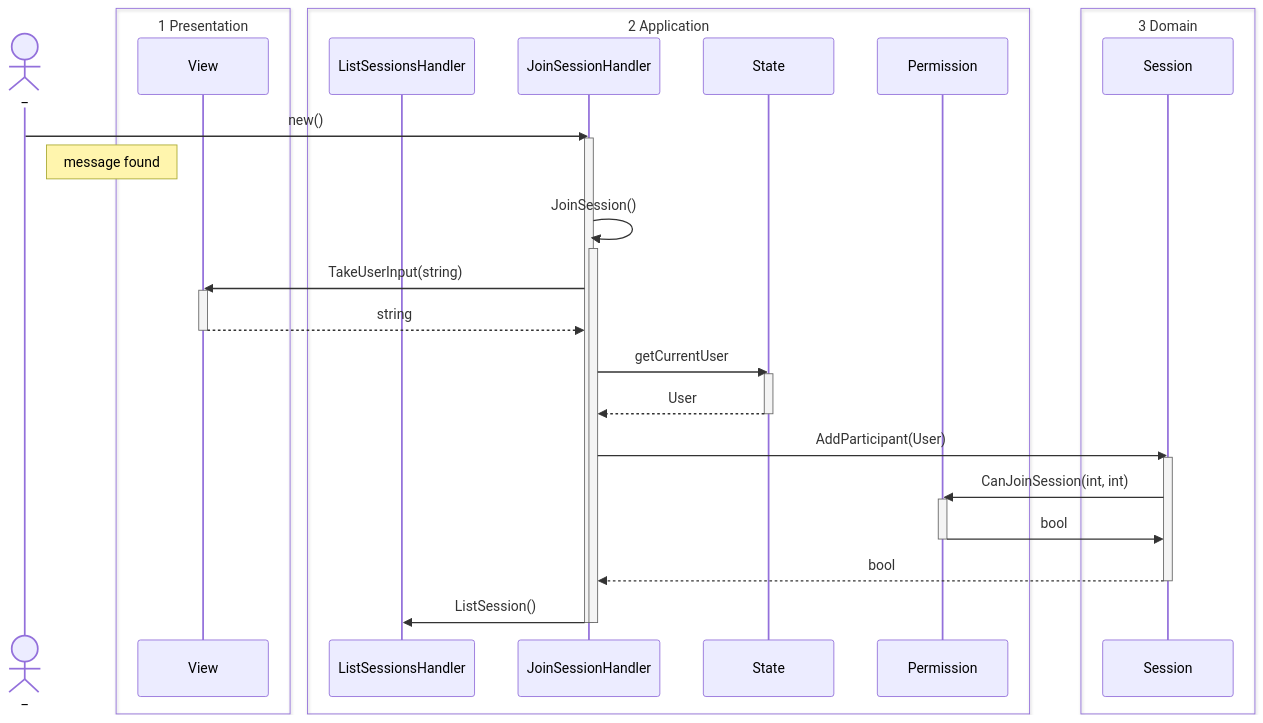
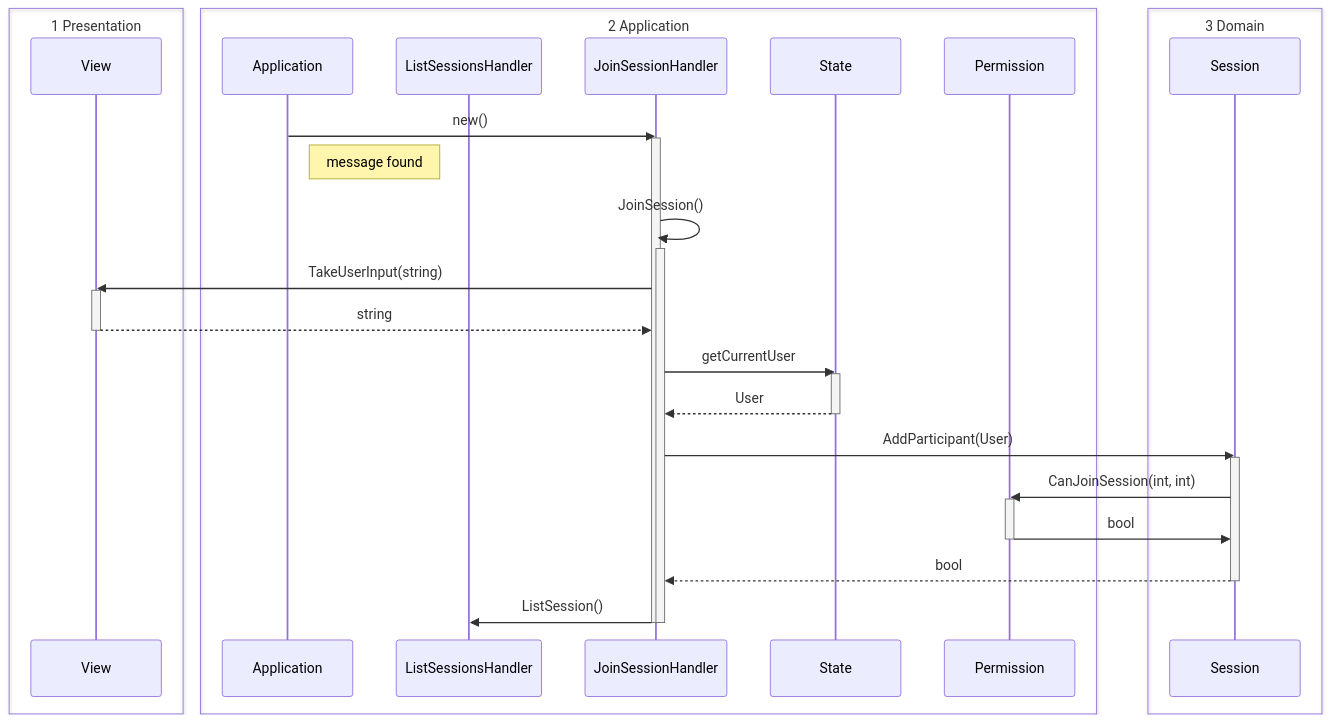
The sixth of 8 diagrams in 02 notes/Sekvensdiagram.md (MatiasHeiberg/1.semesterprojekt), drawn with Mermaid before and after one commit. The commit also changed other lines of this file and 1 other file, not shown here.

Commit message:
Sekvensdiagrammer

````diff
--- a/02 notes/Sekvensdiagram.md
+++ b/02 notes/Sekvensdiagram.md
@@ -324,57 +324,57 @@
 ```mermaid
 sequenceDiagram
 
-actor _
 box 1 Presentation
 participant View
 end
 box 2 Application
+participant Application
 participant ListSessionsHandler 
 participant JoinSessionHandler 
 participant State
 participant Permission
 end
 box 3 Domain
 participant Session
 end
 
 
 %% Message found
-_->>JoinSessionHandler: new()
+Application->>JoinSessionHandler: new()
 activate JoinSessionHandler
-Note right of _: message found
+Note right of Application: message found
 	
 	JoinSessionHandler->>JoinSessionHandler: JoinSession()
 	activate JoinSessionHandler
 		
 		JoinSessionHandler->>View: TakeUserInput(string)
 		activate View
 			
 			View-->>JoinSessionHandler: string
 			
 		deactivate View
 		
 		JoinSessionHandler->>State: getCurrentUser
 		activate State
 			
 			State-->>JoinSessionHandler: User
 			
 		deactivate State
 		JoinSessionHandler->>Session: AddParticipant(User)
 		activate Session
 			
 			Session->>Permission: CanJoinSession(int, int)
 			activate Permission
 				
 				Permission->>Session: bool
 				
 			deactivate Permission
 			Session-->>JoinSessionHandler: bool
 			
 		deactivate Session
 		JoinSessionHandler->>ListSessionsHandler: ListSession()
 		
 	deactivate JoinSessionHandler
 	
 deactivate JoinSessionHandler
 ```
````
